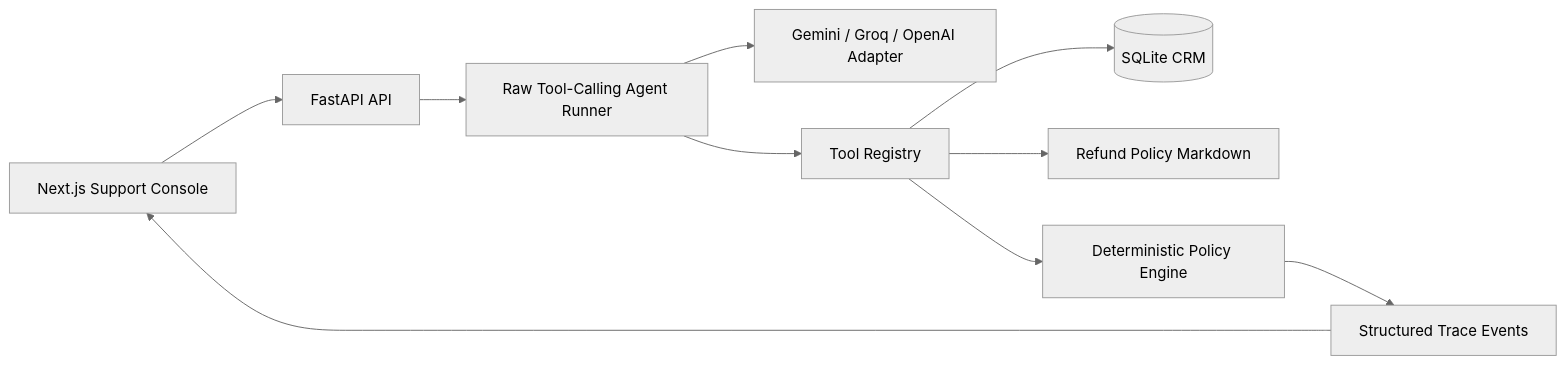
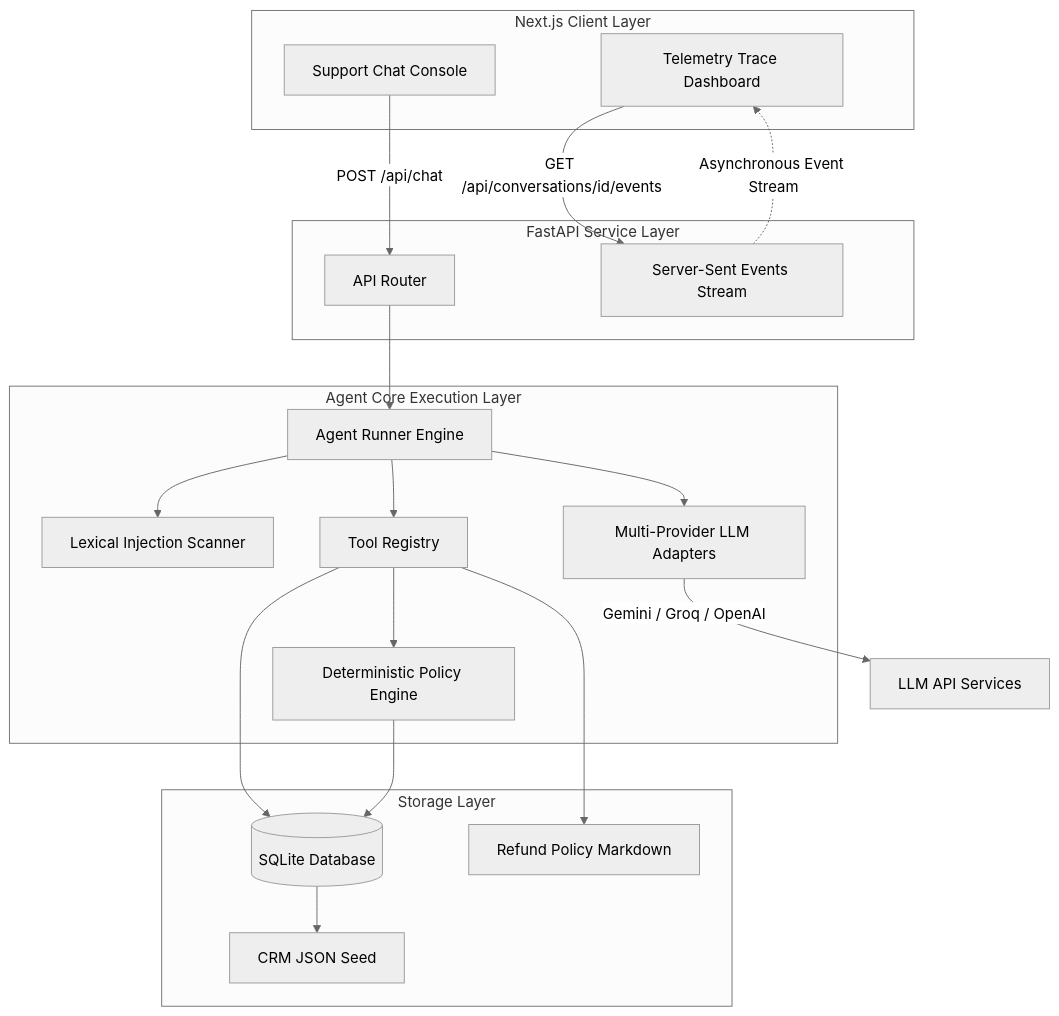
One commit to kunal-gh/worknoon changed the diagram in README.md. Above: the diagram before and after it, drawn with Mermaid (neutral theme). The commit also changed other lines of this file, not shown here.

````diff
--- a/README.md
+++ b/README.md
@@ -135,12 +128,40 @@
 ```mermaid
-flowchart LR
-  UI[Next.js Support Console] --> API[FastAPI API]
-  API --> Agent[Raw Tool-Calling Agent Runner]
-  Agent --> Provider["Gemini / Groq / OpenAI Adapter"]
-  Agent --> Tools[Tool Registry]
-  Tools --> CRM[(SQLite CRM)]
-  Tools --> Policy[Refund Policy Markdown]
-  Tools --> Engine[Deterministic Policy Engine]
-  Engine --> Trace[Structured Trace Events]
-  Trace --> UI
+flowchart TD
+  subgraph Frontend [Next.js Client Layer]
+    UI[Support Chat Console]
+    TracePanel[Telemetry Trace Dashboard]
+  end
+
+  subgraph API [FastAPI Service Layer]
+    Route[API Router]
+    SSE[Server-Sent Events Stream]
+  end
+
+  subgraph Agent [Agent Core Execution Layer]
+    Runner[Agent Runner Engine]
+    Scanner[Lexical Injection Scanner]
+    Registry[Tool Registry]
+    Policy[Deterministic Policy Engine]
+    Adapters[Multi-Provider LLM Adapters]
+  end
+
+  subgraph Data [Storage Layer]
+    DB[(SQLite Database)]
+    CRM[CRM JSON Seed]
+    PolicyMD[Refund Policy Markdown]
+  end
+
+  UI -->|POST /api/chat| Route
+  TracePanel -->|GET /api/conversations/id/events| SSE
+  Route --> Runner
+  Runner --> Scanner
+  Runner --> Adapters
+  Adapters -->|Gemini / Groq / OpenAI| Web[LLM API Services]
+  Runner --> Registry
+  Registry --> DB
+  Registry --> PolicyMD
+  Registry --> Policy
+  Policy --> DB
+  DB --> CRM
+  SSE -.->|Asynchronous Event Stream| TracePanel
 ```
````
